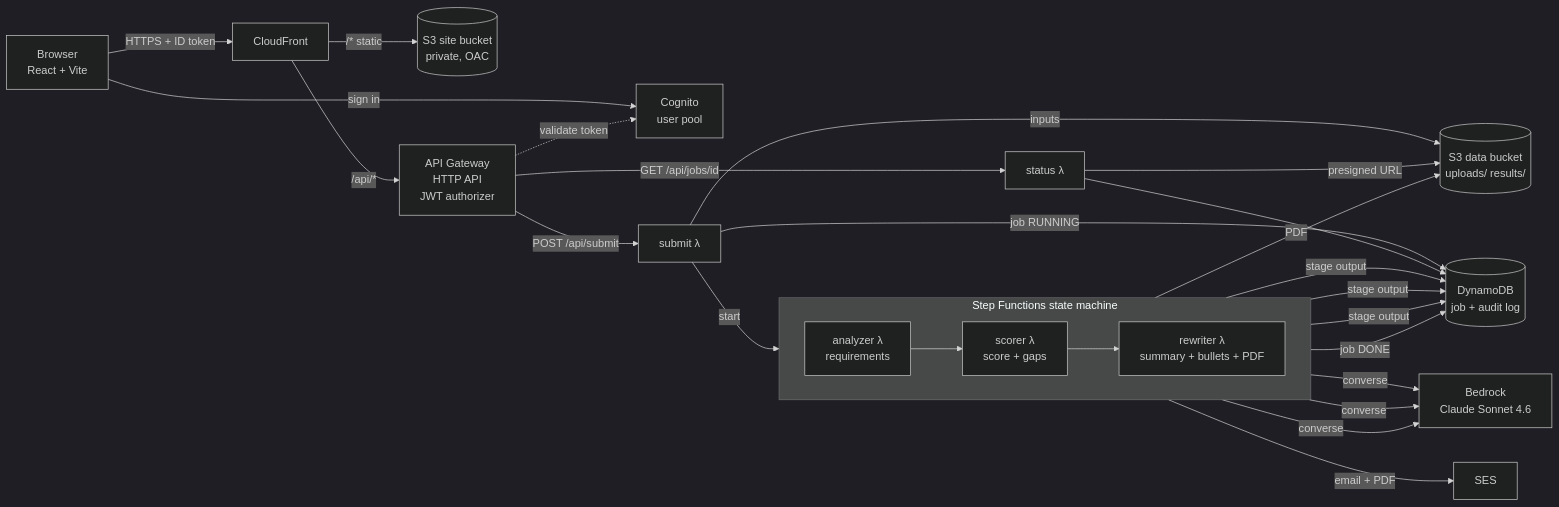
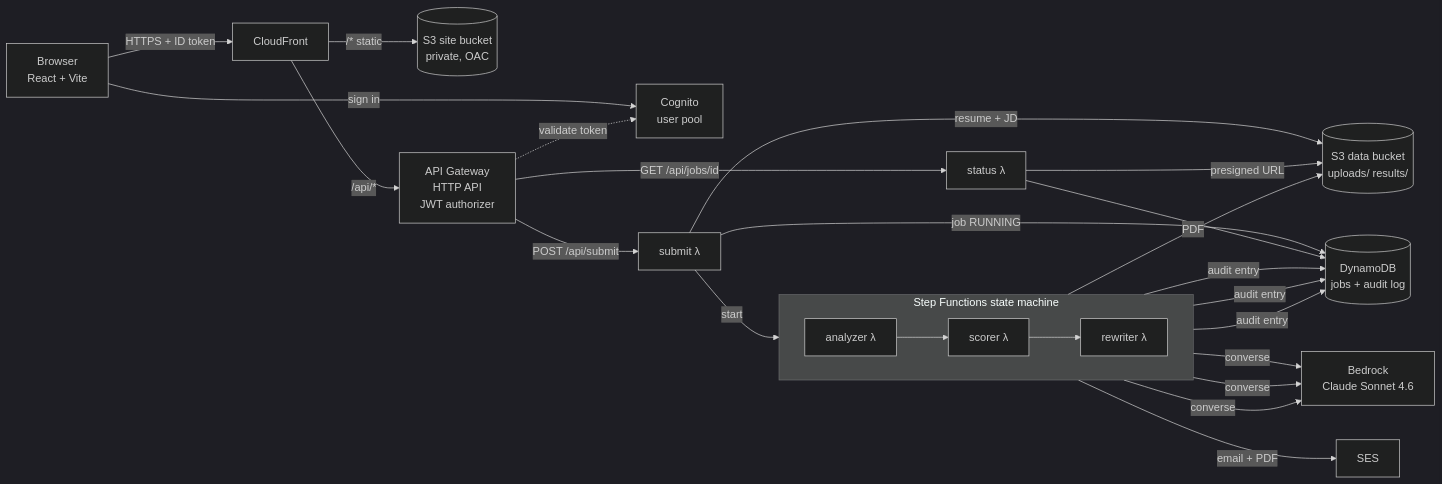
The first of 2 diagrams in README.md (Chakravardhan-04/resume-tailor), drawn with Mermaid (dark theme) before and after one commit. The commit also changed other lines of this file and 11 other files, not shown here.

Commit message:
docs: full README (diagrams, setup, deploy, demo, audit log, GitHub) and real demo artefacts

````diff
--- a/README.md
+++ b/README.md
@@ -9,26 +33,25 @@
 ```mermaid
 flowchart LR
   U[Browser<br/>React + Vite] -->|sign in| COG[Cognito<br/>user pool]
   U -->|HTTPS + ID token| CF[CloudFront]
   CF -->|/* static| S3W[(S3 site bucket<br/>private, OAC)]
   CF -->|/api/*| APIGW[API Gateway<br/>HTTP API<br/>JWT authorizer]
   APIGW -.->|validate token| COG
   APIGW -->|POST /api/submit| SUB[submit λ]
   APIGW -->|GET /api/jobs/id| STA[status λ]
-  SUB -->|inputs| S3D[(S3 data bucket<br/>uploads/ results/)]
-  SUB -->|job RUNNING| DDB[(DynamoDB<br/>job + audit log)]
+  SUB -->|resume + JD| S3D[(S3 data bucket<br/>uploads/ results/)]
+  SUB -->|job RUNNING| DDB[(DynamoDB<br/>jobs + audit log)]
   SUB -->|start| SFN
 
   subgraph SFN[Step Functions state machine]
     direction LR
-    A[analyzer λ<br/>requirements] --> B[scorer λ<br/>score + gaps] --> C[rewriter λ<br/>summary + bullets + PDF]
+    A[analyzer λ] --> B[scorer λ] --> C[rewriter λ]
   end
 
   A & B & C -->|converse| BR[Bedrock<br/>Claude Sonnet 4.6]
-  A & B & C -->|stage output| DDB
+  A & B & C -->|audit entry| DDB
   C -->|PDF| S3D
-  C -->|job DONE| DDB
   C -->|email + PDF| SES[SES]
   STA --> DDB
   STA -->|presigned URL| S3D
 ```
````
